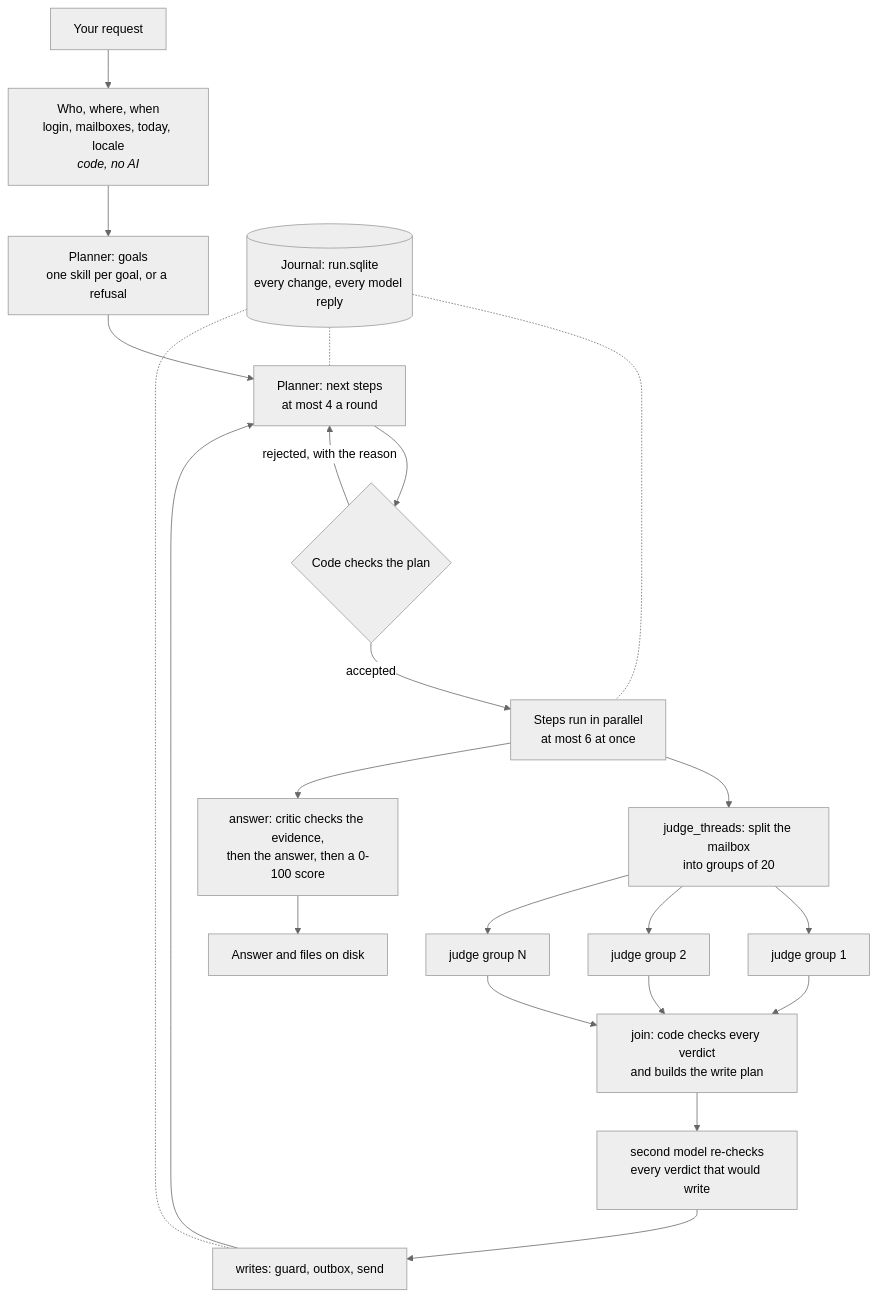
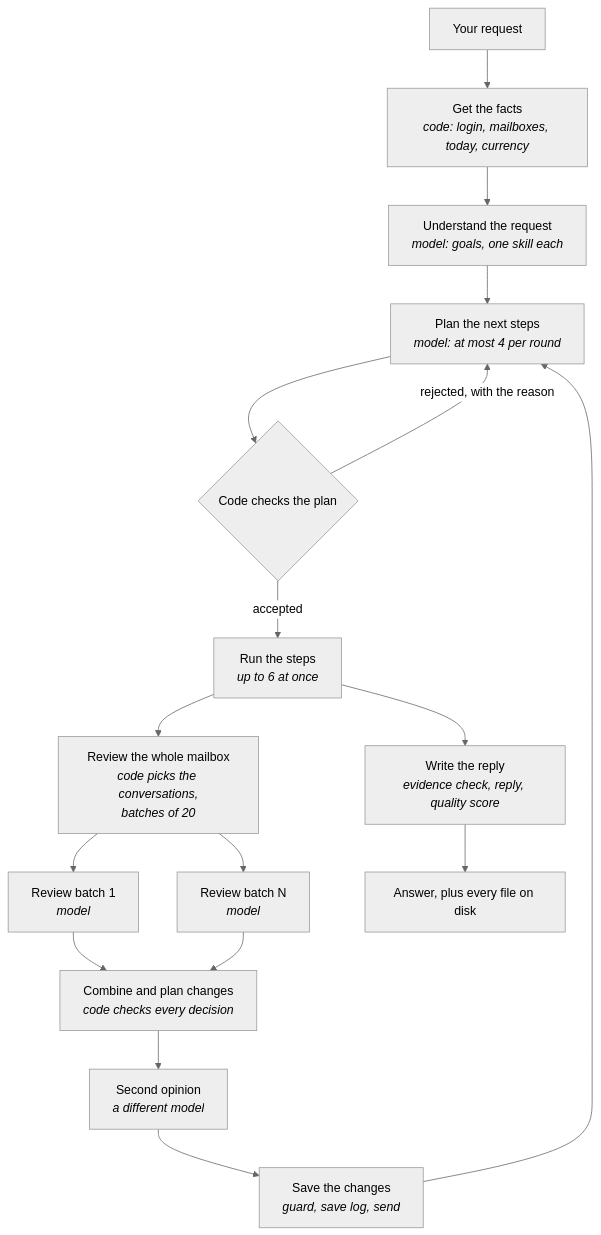
One commit to nextgen-agentics/agent-swtich-email-agent changed the diagram in README.md. Above: the diagram before and after it, drawn with Mermaid (neutral theme). The commit also changed other lines of this file and 66 other files, not shown here.

````diff
--- a/README.md
+++ b/README.md
@@ -95,22 +69,18 @@
 ```mermaid
 flowchart TD
-    A[Your request] --> B[Who, where, when<br/>login, mailboxes, today, locale<br/><i>code, no AI</i>]
-    B --> C[Planner: goals<br/>one skill per goal, or a refusal]
-    C --> D[Planner: next steps<br/>at most 4 a round]
+    A[Your request] --> B[Get the facts<br/><i>code: login, mailboxes, today, currency</i>]
+    B --> C[Understand the request<br/><i>model: goals, one skill each</i>]
+    C --> D[Plan the next steps<br/><i>model: at most 4 per round</i>]
     D --> K{Code checks the plan}
     K -- rejected, with the reason --> D
-    K -- accepted --> E[Steps run in parallel<br/>at most 6 at once]
-    E --> F[judge_threads: split the mailbox<br/>into groups of 20]
-    F --> G1[judge group 1]
-    F --> G2[judge group 2]
-    F --> G3[judge group N]
-    G1 & G2 & G3 --> H[join: code checks every verdict<br/>and builds the write plan]
-    H --> V[second model re-checks<br/>every verdict that would write]
-    V --> W[writes: guard, outbox, send]
+    K -- accepted --> E[Run the steps<br/><i>up to 6 at once</i>]
+    E --> F[Review the whole mailbox<br/><i>code picks the conversations,<br/>batches of 20</i>]
+    F --> G1[Review batch 1<br/><i>model</i>]
+    F --> G2[Review batch N<br/><i>model</i>]
+    G1 & G2 --> H[Combine and plan changes<br/><i>code checks every decision</i>]
+    H --> V[Second opinion<br/><i>a different model</i>]
+    V --> W[Save the changes<br/><i>guard, save log, send</i>]
     W --> D
-    E --> R[answer: critic checks the evidence,<br/>then the answer, then a 0-100 score]
-    R --> Z[Answer and files on disk]
-    J[(Journal: run.sqlite<br/>every change, every model reply)] -.- E
-    J -.- D
-    J -.- W
+    E --> R[Write the reply<br/><i>evidence check, reply, quality score</i>]
+    R --> Z[Answer, plus every file on disk]
 ```
````
